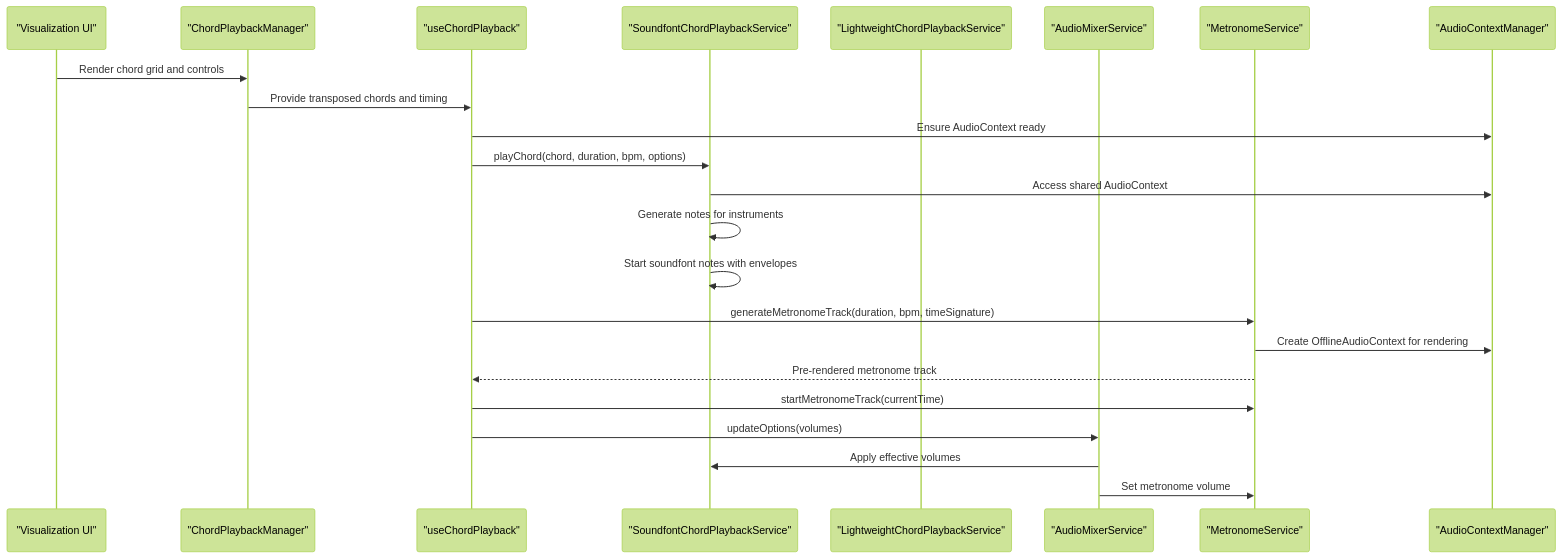
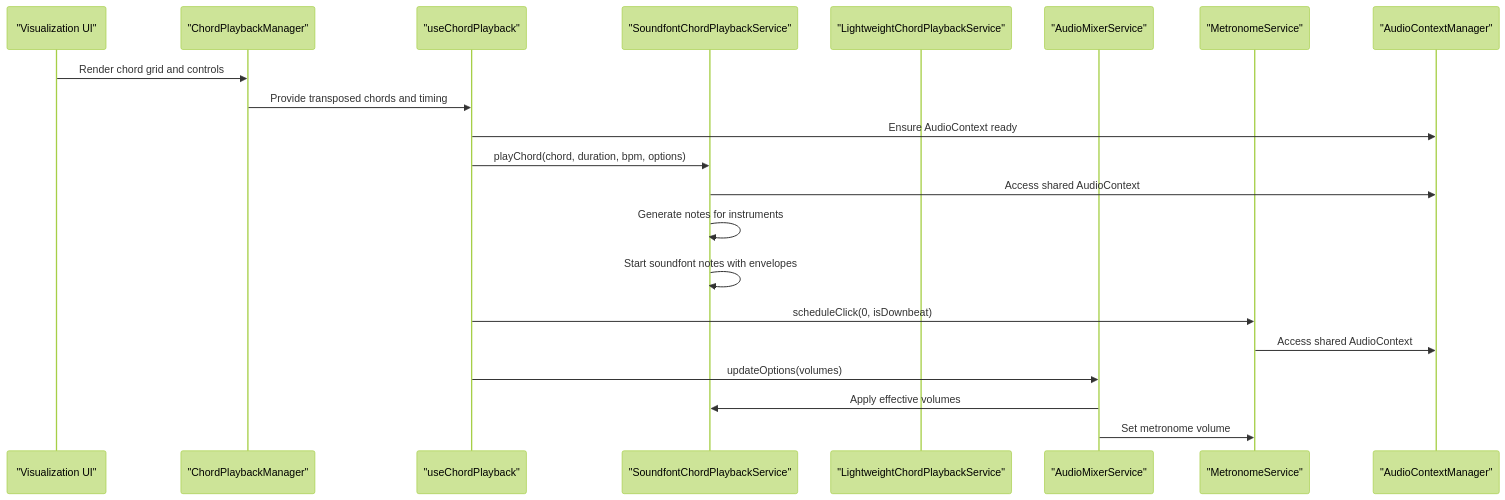
One commit to ptnghia-j/ChordMiniApp changed the second of 8 diagrams in .qoder/repowiki/en/content/Frontend Application/API Integration and Service Layer/Chord Playback Service.md. Above: the diagram before and after it, drawn with Mermaid (forest theme). The commit also changed other lines of this file and 22 other files, not shown here.

````diff
--- a/.qoder/repowiki/en/content/Frontend Application/API Integration and Service Layer/Chord Playback Service.md
+++ b/.qoder/repowiki/en/content/Frontend Application/API Integration and Service Layer/Chord Playback Service.md
@@ -125,25 +125,23 @@
 ```mermaid
 sequenceDiagram
 participant UI as "Visualization UI"
 participant Manager as "ChordPlaybackManager"
 participant Hook as "useChordPlayback"
 participant SF as "SoundfontChordPlaybackService"
 participant LW as "LightweightChordPlaybackService"
 participant Mix as "AudioMixerService"
 participant Metro as "MetronomeService"
 participant AC as "AudioContextManager"
 UI->>Manager : Render chord grid and controls
 Manager->>Hook : Provide transposed chords and timing
 Hook->>AC : Ensure AudioContext ready
 Hook->>SF : playChord(chord, duration, bpm, options)
 SF->>AC : Access shared AudioContext
 SF->>SF : Generate notes for instruments
 SF->>SF : Start soundfont notes with envelopes
-Hook->>Metro : generateMetronomeTrack(duration, bpm, timeSignature)
-Metro->>AC : Create OfflineAudioContext for rendering
-Metro-->>Hook : Pre-rendered metronome track
-Hook->>Metro : startMetronomeTrack(currentTime)
+Hook->>Metro : scheduleClick(0, isDownbeat)
+Metro->>AC : Access shared AudioContext
 Hook->>Mix : updateOptions(volumes)
 Mix->>SF : Apply effective volumes
 Mix->>Metro : Set metronome volume
 ```
````
